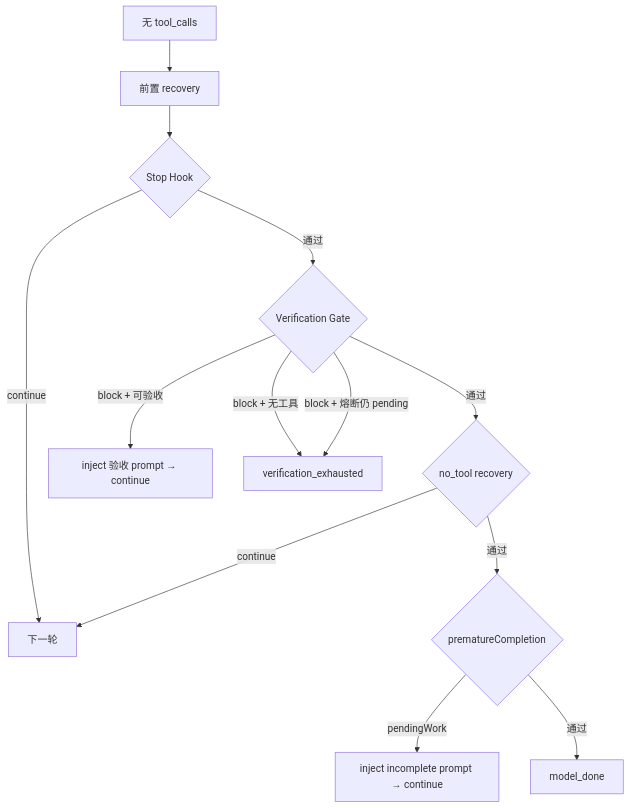
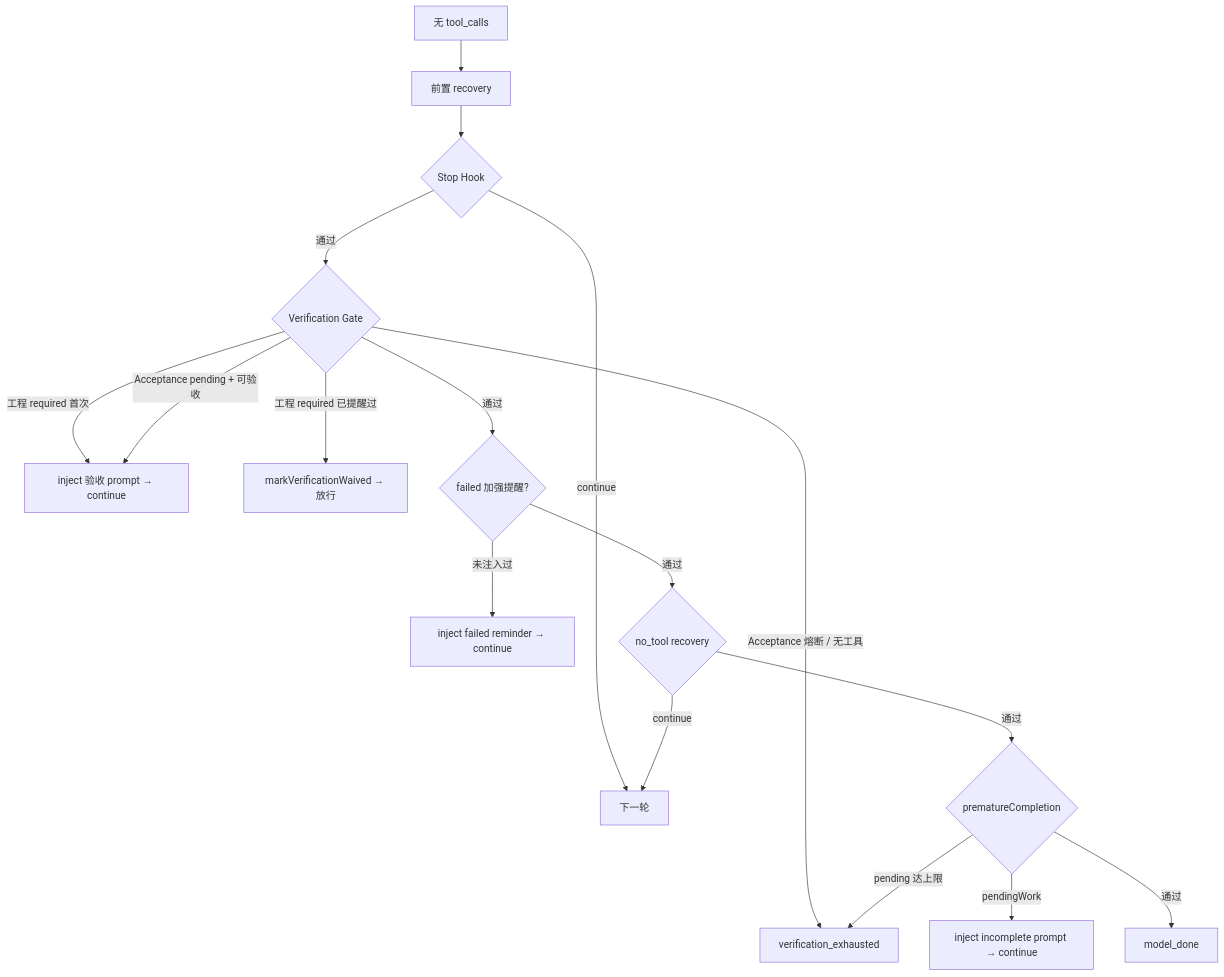
The second of 2 diagrams in docs/harness/Harness-L2与Gate工作逻辑.md (lbiceman/iceCoder), drawn with Mermaid before and after one commit. The commit also changed other lines of this file and 11 other files, not shown here.

````diff
--- a/docs/harness/Harness-L2与Gate工作逻辑.md
+++ b/docs/harness/Harness-L2与Gate工作逻辑.md
@@ -120,15 +132,19 @@
 ```mermaid
 flowchart TD
   A[无 tool_calls] --> B[前置 recovery]
   B --> C{Stop Hook}
   C -->|continue| D[下一轮]
   C -->|通过| E{Verification Gate}
-  E -->|block + 可验收| F[inject 验收 prompt → continue]
-  E -->|block + 无工具| G[verification_exhausted]
-  E -->|block + 熔断仍 pending| G
-  E -->|通过| H{no_tool recovery}
-  H -->|continue| D
-  H -->|通过| I{prematureCompletion}
-  I -->|pendingWork| J[inject incomplete prompt → continue]
-  I -->|通过| K[model_done]
+  E -->|工程 required 首次| F[inject 验收 prompt → continue]
+  E -->|工程 required 已提醒过| W[markVerificationWaived → 放行]
+  E -->|Acceptance pending + 可验收| F
+  E -->|Acceptance 熔断 / 无工具| G[verification_exhausted]
+  E -->|通过| H{failed 加强提醒?}
+  H -->|未注入过| R[inject failed reminder → continue]
+  H -->|通过| I{no_tool recovery}
+  I -->|continue| D
+  I -->|通过| J{prematureCompletion}
+  J -->|pendingWork| K[inject incomplete prompt → continue]
+  J -->|pending 达上限| G
+  J -->|通过| L[model_done]
 ```
````
